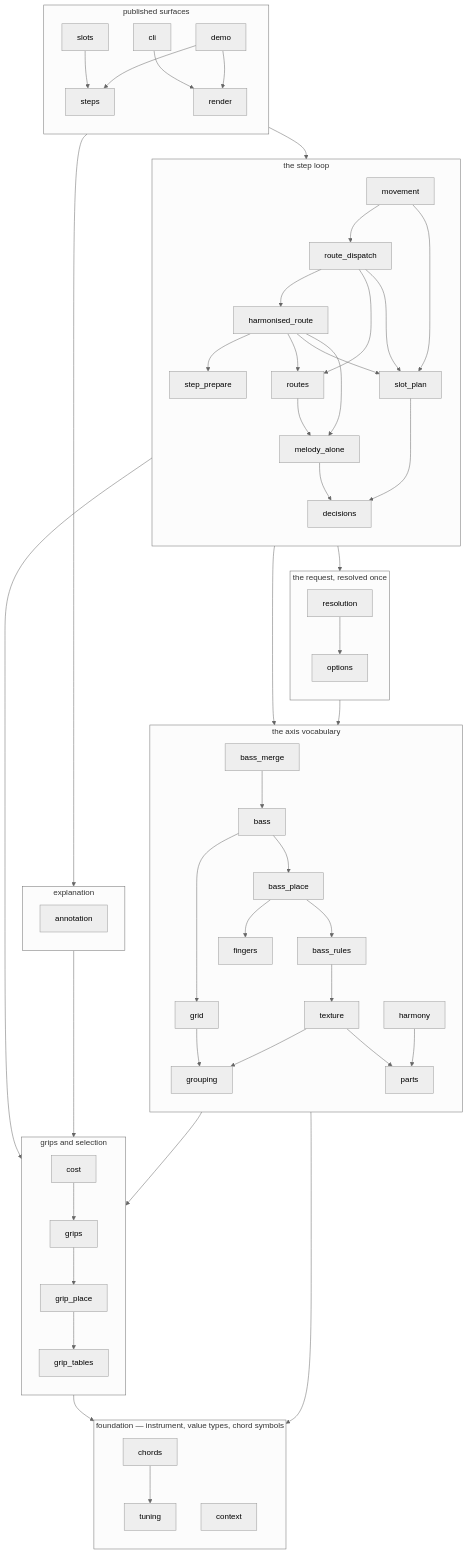
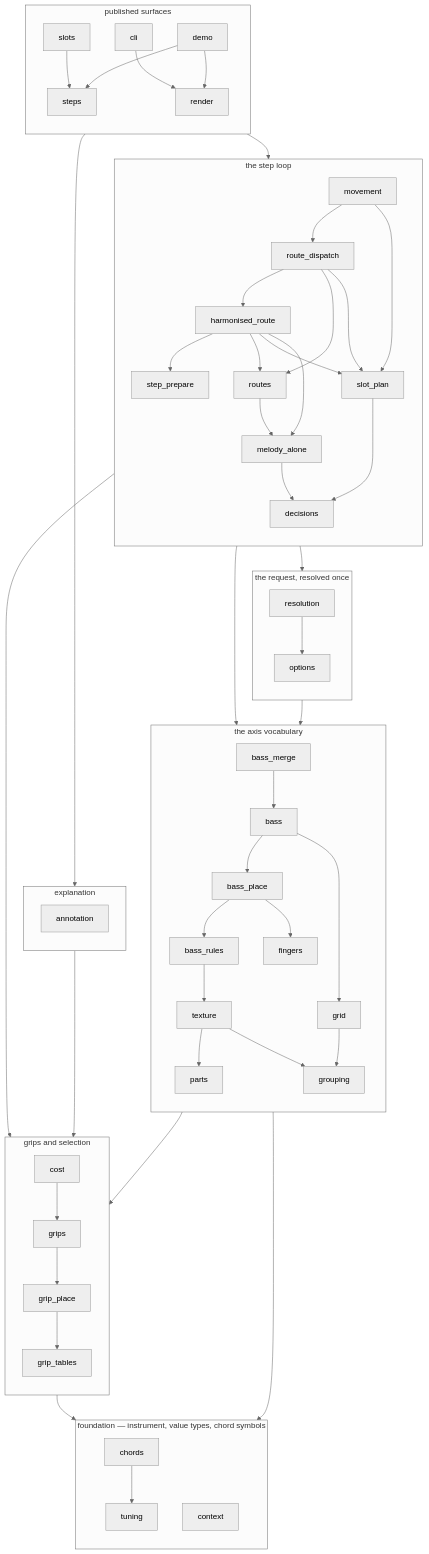
The first of 2 diagrams in docs/dependency-dag.md (jcundill/arranger), drawn with Mermaid (neutral theme) before and after one commit. The commit also changed 21 other files, not shown here.

```diff
--- a/docs/dependency-dag.md
+++ b/docs/dependency-dag.md
@@ -78,7 +78,6 @@
         bass_place["bass_place"]
         bass_rules["bass_rules"]
         texture["texture"]
-        harmony["harmony"]
         grouping["grouping"]
         grid["grid"]
         parts["parts"]
@@ -90,7 +89,6 @@
         bass_rules --> texture
         texture --> parts
         texture --> grouping
-        harmony --> parts
         grid --> grouping
     end
 
```
